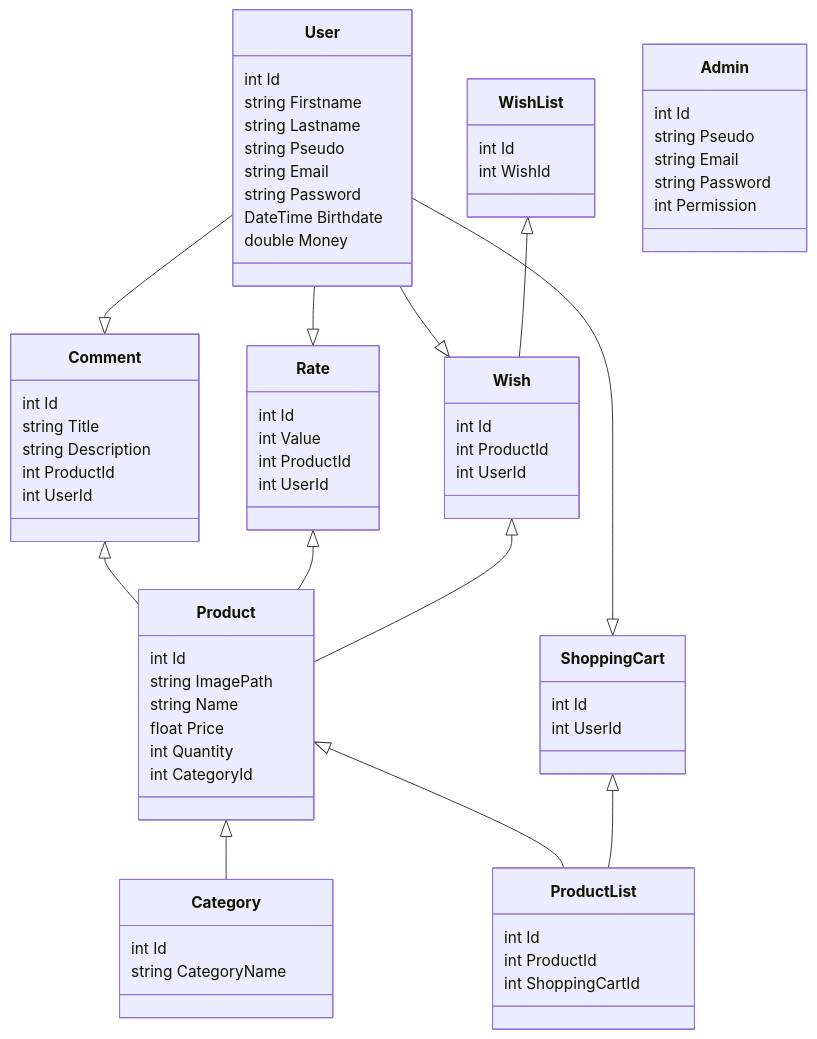
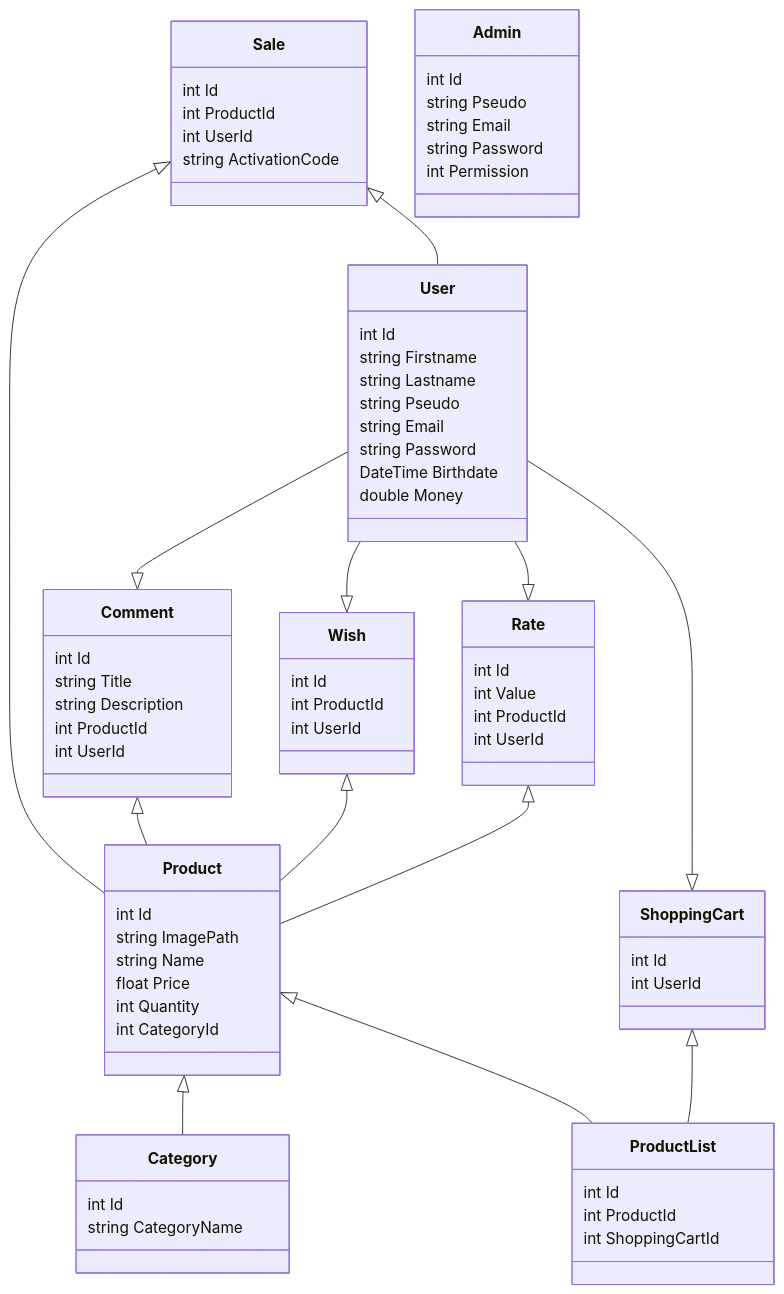
One commit to voluxyy/e-commerce changed the diagram in readme.md. Above: the diagram before and after it, drawn with Mermaid. The commit also changed 29 other files, not shown here.

Commit message:
:heavy_plus_sign:(#15): sale table, :adhesive_bandage:(#15): add required to int, and remove WishList

````diff
--- a/readme.md
+++ b/readme.md
@@ -22,75 +22,78 @@
 ```mermaid
 classDiagram
     User --|> Comment
     User --|> Wish
     User --|> Rate
     User --|> ShoppingCart
     Product <|-- Category
     Product <|-- ProductList
     ShoppingCart <|-- ProductList
     Comment <|-- Product
     Rate <|-- Product
     Wish <|-- Product
-    WishList <|-- Wish
+    Sale <|-- Product
+    Sale <|-- User
 
+    class Sale{
+        int Id
+        int ProductId
+        int UserId
+        string ActivationCode
+    }
     class Wish{
         int Id
         int ProductId
         int UserId
-    }
-    class WishList{
-        int Id
-        int WishId
     }
     class Product{
         int Id
         string ImagePath
         string Name
         float Price
         int Quantity
         int CategoryId
     }
     class Rate{
         int Id
         int Value
         int ProductId
         int UserId
     }
     class ProductList{
         int Id
         int ProductId
         int ShoppingCartId
     }
     class ShoppingCart{
         int Id
         int UserId
     }
     class Category{
         int Id
         string CategoryName
     }
     class User{
         int Id
         string Firstname
         string Lastname
         string Pseudo
         string Email
         string Password
         DateTime Birthdate
         double Money
     }
     class Comment{
         int Id
         string Title
         string Description
         int ProductId
         int UserId
     }
     class Admin{
         int Id
         string Pseudo
         string Email
         string Password
         int Permission
     }
 ```
````
